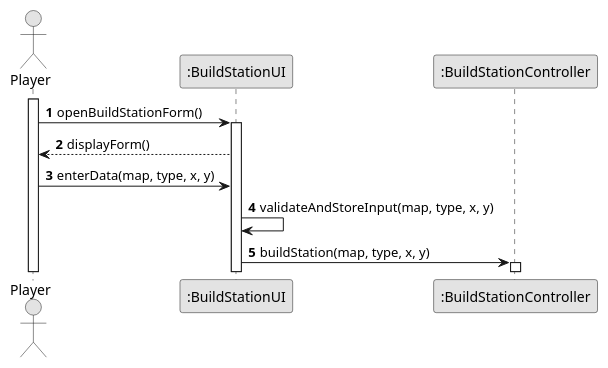
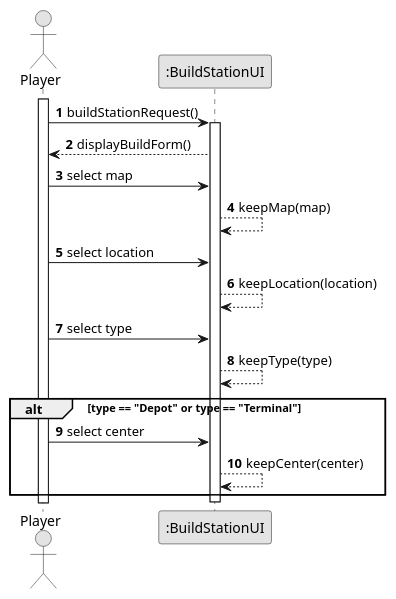
Before and after one commit to goncalolopesp/sem2-pi-24.25-g093-repo: the diagram in docs/system-documentation/US005/03.design/puml/US005-SD-getInput.puml, drawn with PlantUML. The commit also changed other lines of this file and 7 other files, not shown here.

```diff
--- a/docs/system-documentation/US005/03.design/puml/US005-SD-getInput.puml
+++ b/docs/system-documentation/US005/03.design/puml/US005-SD-getInput.puml
@@ -1,24 +1,31 @@
 @startuml US005-SD-getInput
 skinparam monochrome true
 skinparam packageStyle rectangle
 skinparam shadowing false
+
 autonumber
 
 actor "Player" as Player
 participant ":BuildStationUI" as BuildUI
-participant ":BuildStationController" as BuildController
 
 activate Player
-Player -> BuildUI: openBuildStationForm()
+Player -> BuildUI : buildStationRequest()
 activate BuildUI
-BuildUI --> Player: displayForm()
+BuildUI --> Player : displayBuildForm()
 
-Player -> BuildUI: enterData(map, type, x, y)
-BuildUI -> BuildUI: validateAndStoreInput(map, type, x, y)
+Player -> BuildUI : select map
+BuildUI --> BuildUI : keepMap(map)
 
-BuildUI -> BuildController: buildStation(map, type, x, y)
-activate BuildController
+Player -> BuildUI : select location
+BuildUI --> BuildUI : keepLocation(location)
 
+Player -> BuildUI : select type
+BuildUI --> BuildUI : keepType(type)
 
+alt type == "Depot" or type == "Terminal"
+  Player -> BuildUI : select center
+  BuildUI --> BuildUI : keepCenter(center)
+end
 
+deactivate BuildUI
 @enduml
```
